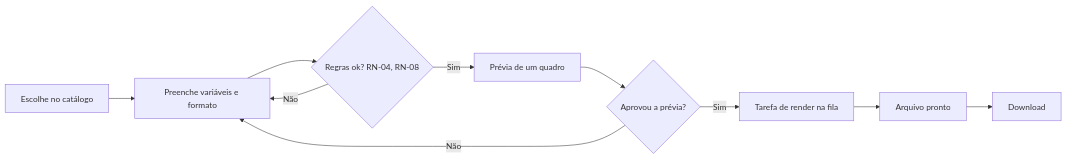
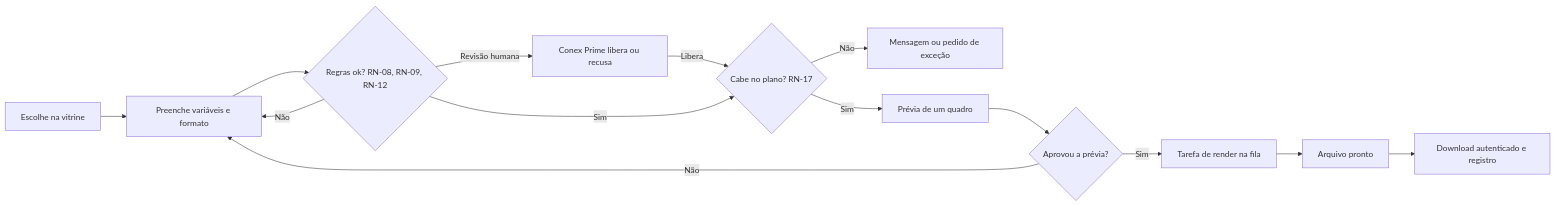
Before and after one commit to diegofmonteiro/skill-diretor-de-movimento: the first of 5 diagrams in modulo-laravel/05-fluxos-e-estados.md, drawn with Mermaid. The commit also changed other lines of this file and 260 other files, not shown here.

````diff
--- a/modulo-laravel/05-fluxos-e-estados.md
+++ b/modulo-laravel/05-fluxos-e-estados.md
@@ -5,12 +5,16 @@
 ```mermaid
 flowchart LR
-    A[Escolhe no catálogo] --> B[Preenche variáveis e formato]
-    B --> C{Regras ok? RN-04, RN-08}
+    A[Escolhe na vitrine] --> B[Preenche variáveis e formato]
+    B --> C{Regras ok? RN-08, RN-09, RN-12}
     C -->|Não| B
-    C -->|Sim| D[Prévia de um quadro]
-    D --> E{Aprovou a prévia?}
-    E -->|Não| B
-    E -->|Sim| F[Tarefa de render na fila]
-    F --> G[Arquivo pronto]
-    G --> H[Download]
+    C -->|Revisão humana| R[Conex Prime libera ou recusa]
+    R -->|Libera| D
+    C -->|Sim| D{Cabe no plano? RN-17}
+    D -->|Não| X[Mensagem ou pedido de exceção]
+    D -->|Sim| E[Prévia de um quadro]
+    E --> F{Aprovou a prévia?}
+    F -->|Não| B
+    F -->|Sim| G[Tarefa de render na fila]
+    G --> H[Arquivo pronto]
+    H --> I[Download autenticado e registro]
 ```
````
